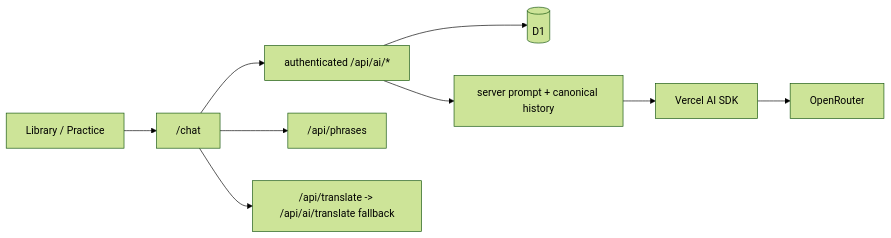
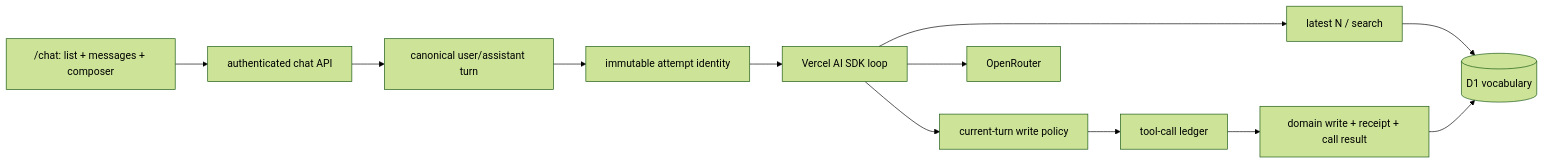
One commit to koreyba/ListenToLearn changed the diagram in docs/ai/design/2026-08-29-feature-ai-vocabulary-practice-chat.md. Above: the diagram before and after it, drawn with Mermaid (forest theme). The commit also changed other lines of this file and 47 other files, not shown here.

Commit message:
feat(ai-chat): add dictionary-backed vocabulary agent

````diff
--- a/docs/ai/design/2026-08-29-feature-ai-vocabulary-practice-chat.md
+++ b/docs/ai/design/2026-08-29-feature-ai-vocabulary-practice-chat.md
@@ -18,10 +15,14 @@
 ```mermaid
 flowchart LR
-  Library["Library / Practice"] --> Chat["/chat"]
-  Chat --> APIs["authenticated /api/ai/*"]
-  APIs --> D1[(D1)]
-  APIs --> Prompt["server prompt + canonical history"]
-  Prompt --> SDK["Vercel AI SDK"] --> OpenRouter
-  Chat --> Vocabulary["/api/phrases"]
-  Chat --> Translate["/api/translate -> /api/ai/translate fallback"]
+  UI["/chat: list + messages + composer"] --> API["authenticated chat API"]
+  API --> Turn["canonical user/assistant turn"]
+  Turn --> Attempt["immutable attempt identity"]
+  Attempt --> SDK["Vercel AI SDK loop"]
+  SDK --> Read["latest N / search"]
+  SDK --> Guard["current-turn write policy"]
+  Read --> Vocabulary[(D1 vocabulary)]
+  Guard --> Ledger["tool-call ledger"]
+  Ledger --> Batch["domain write + receipt + call result"]
+  Batch --> Vocabulary
+  SDK --> OpenRouter
 ```
````
